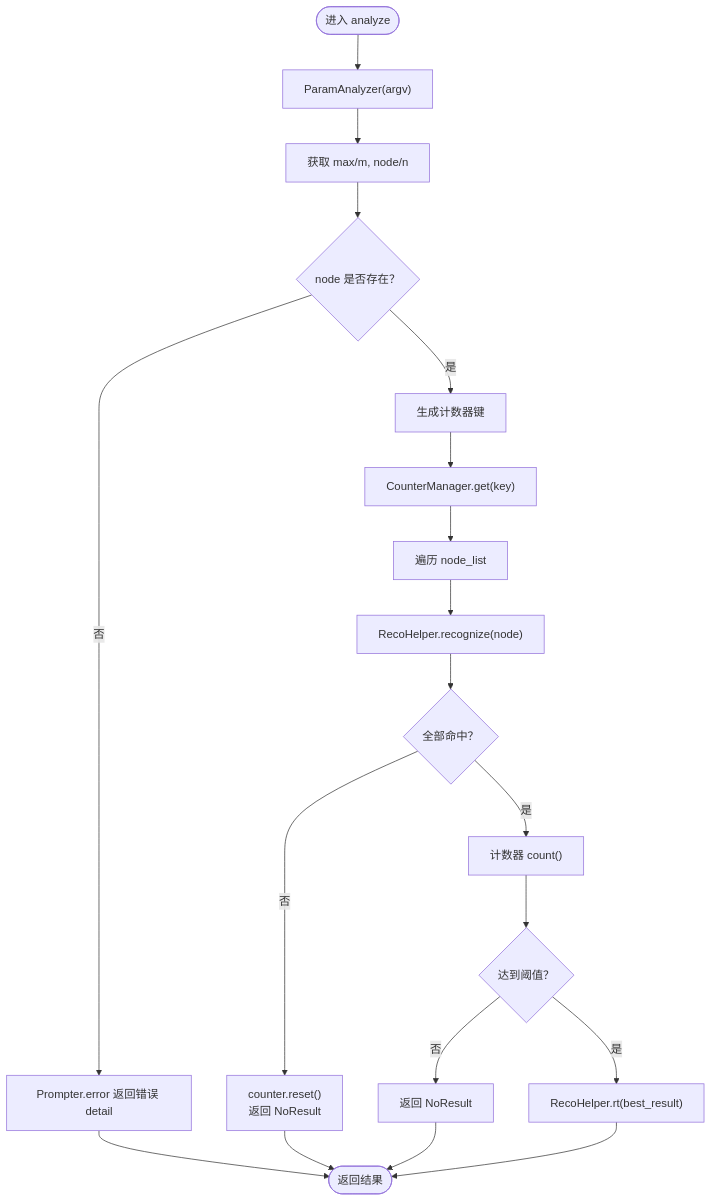
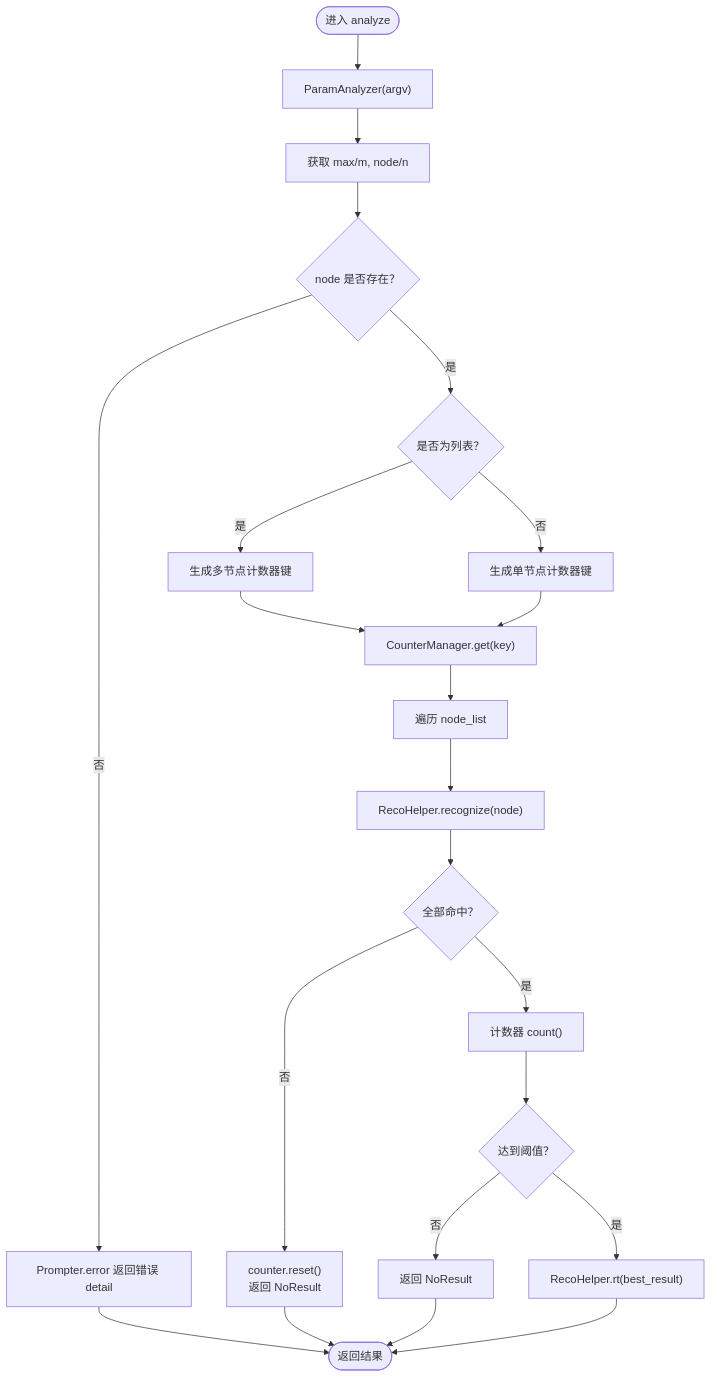
Before and after one commit to kqcoxn/MaaDuDuL: the fifth of 7 diagrams in .qoder/repowiki/zh/content/开发者指南/自定义模块开发/自定义识别与操作开发/自定义识别器开发.md, drawn with Mermaid. The commit also changed other lines of this file and 5 other files, not shown here.

````diff
--- a/.qoder/repowiki/zh/content/开发者指南/自定义模块开发/自定义识别与操作开发/自定义识别器开发.md
+++ b/.qoder/repowiki/zh/content/开发者指南/自定义模块开发/自定义识别与操作开发/自定义识别器开发.md
@@ -220,21 +225,24 @@
 ```mermaid
 flowchart TD
 S(["进入 analyze"]) --> Parse["ParamAnalyzer(argv)"]
 Parse --> GetParams["获取 max/m, node/n"]
 GetParams --> CheckNode{"node 是否存在？"}
 CheckNode --> |否| Err["Prompter.error 返回错误 detail"]
-CheckNode --> |是| BuildKey["生成计数器键"]
-BuildKey --> GetCounter["CounterManager.get(key)"]
+CheckNode --> |是| CheckList{"是否为列表？"}
+CheckList --> |是| BuildKeyList["生成多节点计数器键"]
+CheckList --> |否| BuildKeySingle["生成单节点计数器键"]
+BuildKeyList --> GetCounter["CounterManager.get(key)"]
+BuildKeySingle --> GetCounter
 GetCounter --> LoopNodes["遍历 node_list"]
 LoopNodes --> Recognize["RecoHelper.recognize(node)"]
 Recognize --> Hit{"全部命中？"}
 Hit --> |否| Reset["counter.reset()<br/>返回 NoResult"]
 Hit --> |是| Inc["计数器 count()"]
 Inc --> Reach{"达到阈值？"}
 Reach --> |否| ReturnNo["返回 NoResult"]
 Reach --> |是| Rt["RecoHelper.rt(best_result)"]
 Rt --> End(["返回结果"])
 Reset --> End
 ReturnNo --> End
 Err --> End
 ```
````
